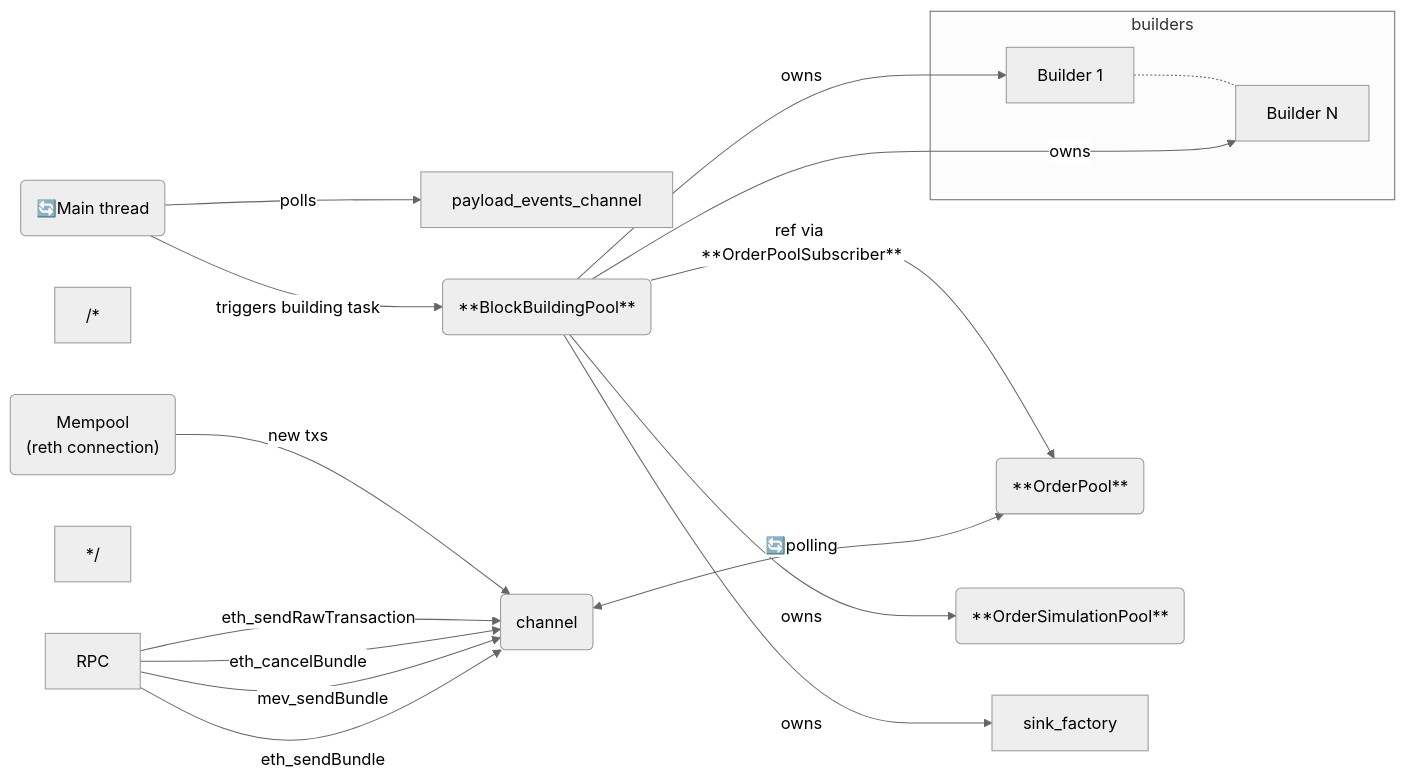
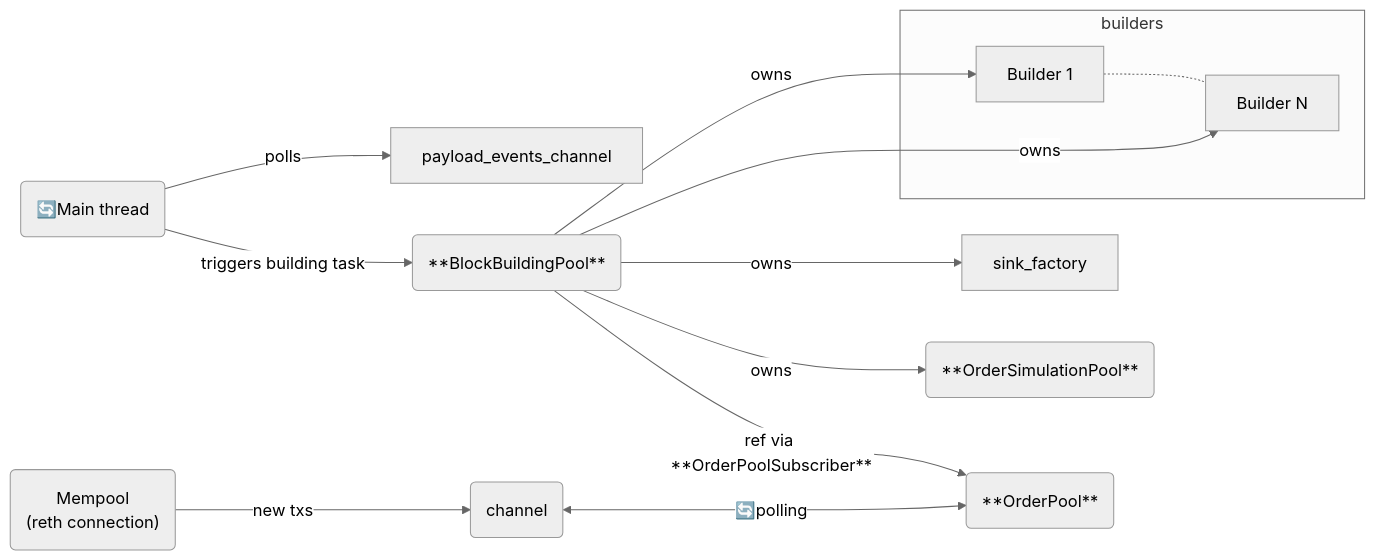
The first of 3 diagrams in docs/LIVEBUILDER_DATAFLOW.md (lu-bann/rbuilder), drawn with Mermaid (neutral theme) before and after one commit.

````diff
--- a/docs/LIVEBUILDER_DATAFLOW.md
+++ b/docs/LIVEBUILDER_DATAFLOW.md
@@ -58,32 +58,25 @@
 ```mermaid
   graph LR;
       MainThread-- polls -->payload_events_channel
       payload_events_channel
       MainThread("🔄Main thread")
-/*
-      RPC
-      RPC--eth_sendBundle-->Ch1
-      RPC--mev_sendBundle-->Ch1
-      RPC--eth_cancelBundle-->Ch1
-      RPC--eth_sendRawTransaction-->Ch1
-*/
       MemPool("Mempool<br>(reth connection)")--new txs-->Ch1
       Ch1("channel")
       OrderPool("**OrderPool**")
       Ch1<-- "🔄polling" -->OrderPool
       BlockBuildingPool("**BlockBuildingPool**")
       OrderSimulationPool("**OrderSimulationPool**")
       
       sink_factory
       BlockBuildingPool-- owns -->B1
       BlockBuildingPool-- owns -->BN
       BlockBuildingPool-- owns -->sink_factory
       BlockBuildingPool-- owns -->OrderSimulationPool
       BlockBuildingPool-- "ref via **OrderPoolSubscriber**" -->OrderPool
       MainThread-- triggers building task-->BlockBuildingPool
       subgraph builders
         B1[Builder 1]
         BN[Builder N]
         B1 -.- BN
       end
 ```
````
